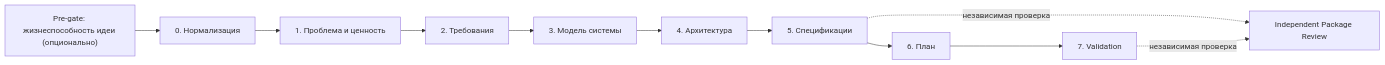
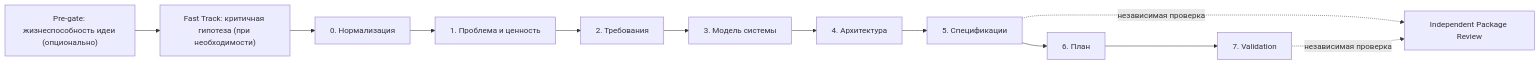
The diagram in README.md (tduhfajd/AI-System-Engineering-Methodology), drawn with Mermaid before and after one commit. The commit also changed other lines of this file and 34 other files, not shown here.

Commit message:
fast-track

````diff
--- a/README.md
+++ b/README.md
@@ -82,13 +102,14 @@
 ```mermaid
 flowchart LR
-  V["Pre-gate: жизнеспособность идеи (опционально)"] --> S0["0. Нормализация"]
+  V["Pre-gate: жизнеспособность идеи (опционально)"] --> F["Fast Track: критичная гипотеза (при необходимости)"]
+  F --> S0["0. Нормализация"]
   S0 --> S1["1. Проблема и ценность"]
   S1 --> S2["2. Требования"]
   S2 --> S3["3. Модель системы"]
   S3 --> S4["4. Архитектура"]
   S4 --> S5["5. Спецификации"]
   S5 --> S6["6. План"]
   S6 --> S7["7. Validation"]
   S5 -. независимая проверка .-> R["Independent Package Review"]
   S7 -. независимая проверка .-> R
 ```
````
